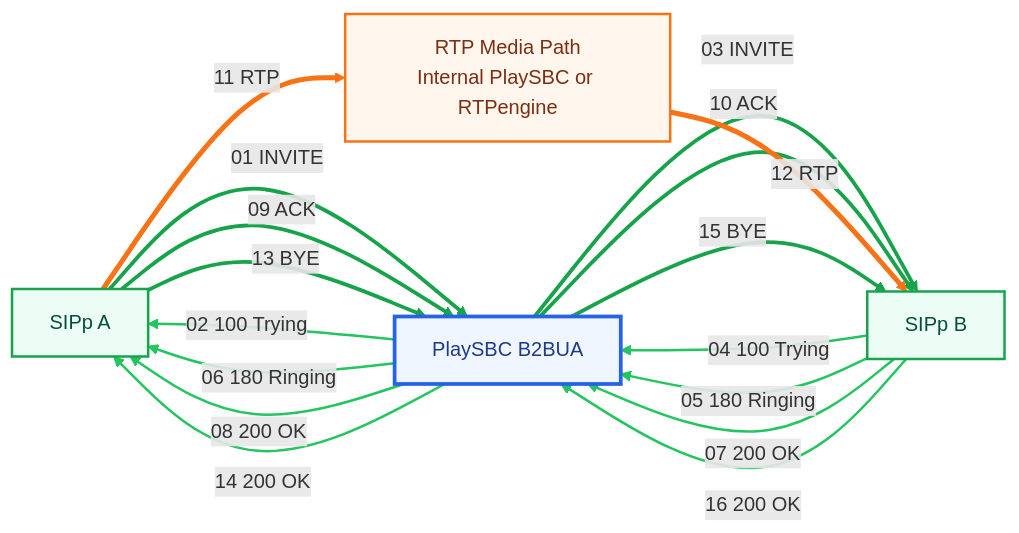
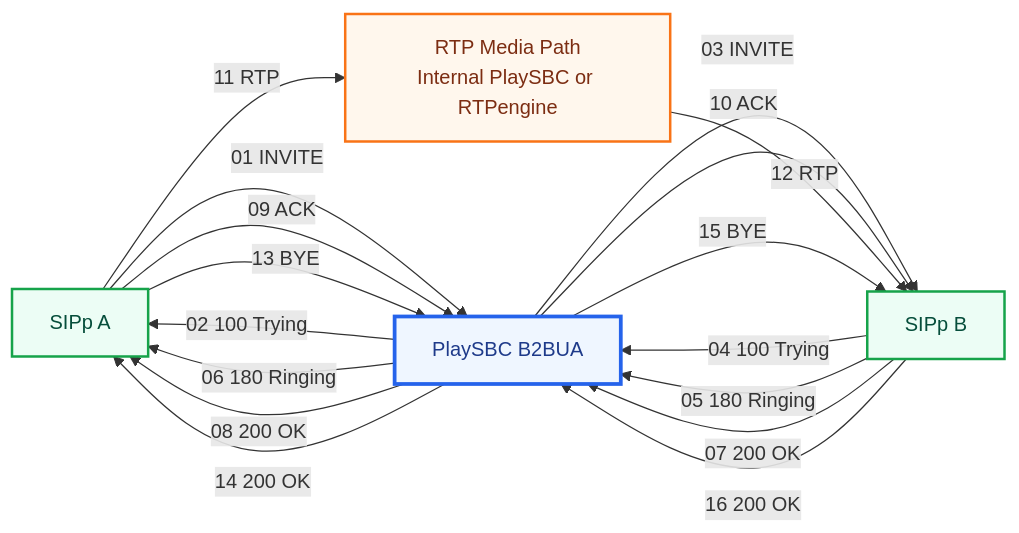
One commit to sudheerkumarvatrapu/PlaySBC changed the fifth of 6 diagrams in docs/ARCHITECTURE_NETWORK.md. Above: the diagram before and after it, drawn with Mermaid. The commit also changed other lines of this file, not shown here.

Commit message:
Make architecture Mermaid render safely

````diff
--- a/docs/ARCHITECTURE_NETWORK.md
+++ b/docs/ARCHITECTURE_NETWORK.md
@@ -297,36 +283,33 @@
 ```mermaid
 flowchart LR
     A["SIPp A"]
     SBC["PlaySBC B2BUA"]
     B["SIPp B"]
     Media["RTP Media Path<br/>Internal PlaySBC or RTPengine"]
 
     A -->|"01 INVITE"| SBC
     SBC -->|"02 100 Trying"| A
     SBC -->|"03 INVITE"| B
     B -->|"04 100 Trying"| SBC
     B -->|"05 180 Ringing"| SBC
     SBC -->|"06 180 Ringing"| A
     B -->|"07 200 OK"| SBC
     SBC -->|"08 200 OK"| A
     A -->|"09 ACK"| SBC
     SBC -->|"10 ACK"| B
-    A ==>|"11 RTP"| Media
-    Media ==>|"12 RTP"| B
+    A -->|"11 RTP"| Media
+    Media -->|"12 RTP"| B
     A -->|"13 BYE"| SBC
     SBC -->|"14 200 OK"| A
     SBC -->|"15 BYE"| B
     B -->|"16 200 OK"| SBC
 
     classDef endpoint fill:#ecfdf5,stroke:#16a34a,color:#064e3b,stroke-width:2px
     classDef sbc fill:#eff6ff,stroke:#2563eb,color:#1e3a8a,stroke-width:3px
     classDef media fill:#fff7ed,stroke:#f97316,color:#7c2d12,stroke-width:2px
 
     class A,B endpoint
     class SBC sbc
     class Media media
 
-    linkStyle 0,2,8,9,12,14 stroke:#16a34a,stroke-width:3px
-    linkStyle 1,3,4,5,6,7,13,15 stroke:#22c55e,stroke-width:2px
-    linkStyle 10,11 stroke:#f97316,stroke-width:4px
 ```
````
